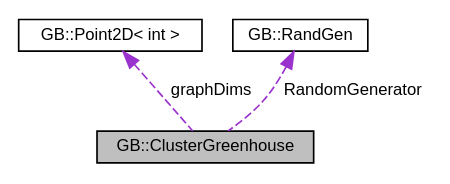
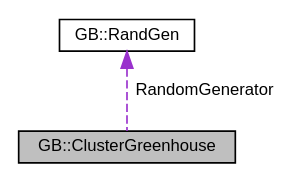
Before and after one commit to AgreeableDeerGames/GameBackbone: the diagram in docs/class_g_b_1_1_cluster_greenhouse__coll__graph.dot, drawn with Graphviz. The commit also changed 404 other files, not shown here.

```diff
--- a/docs/class_g_b_1_1_cluster_greenhouse__coll__graph.dot
+++ b/docs/class_g_b_1_1_cluster_greenhouse__coll__graph.dot
@@ -1,10 +1,8 @@
 digraph "GB::ClusterGreenhouse"
 {
   edge [fontname="Helvetica",fontsize="10",labelfontname="Helvetica",labelfontsize="10"];
   node [fontname="Helvetica",fontsize="10",shape=record];
   Node1 [label="GB::ClusterGreenhouse",height=0.2,width=0.4,color="black", fillcolor="grey75", style="filled", fontcolor="black"];
-  Node2 -> Node1 [dir="back",color="darkorchid3",fontsize="10",style="dashed",label=" graphDims" ,fontname="Helvetica"];
-  Node2 [label="GB::Point2D\< int \>",height=0.2,width=0.4,color="black", fillcolor="white", style="filled",URL="$struct_g_b_1_1_point2_d.html"];
-  Node3 -> Node1 [dir="back",color="darkorchid3",fontsize="10",style="dashed",label=" RandomGenerator" ,fontname="Helvetica"];
-  Node3 [label="GB::RandGen",height=0.2,width=0.4,color="black", fillcolor="white", style="filled",URL="$class_g_b_1_1_rand_gen.html",tooltip="This class is a shallow wrapper for std::random. To use this class, make an instance of RandGen with ..."];
+  Node2 -> Node1 [dir="back",color="darkorchid3",fontsize="10",style="dashed",label=" RandomGenerator" ,fontname="Helvetica"];
+  Node2 [label="GB::RandGen",height=0.2,width=0.4,color="black", fillcolor="white", style="filled",URL="$class_g_b_1_1_rand_gen.html",tooltip="This class is a shallow wrapper for std::random. To use this class, make an instance of RandGen with ..."];
 }
```
